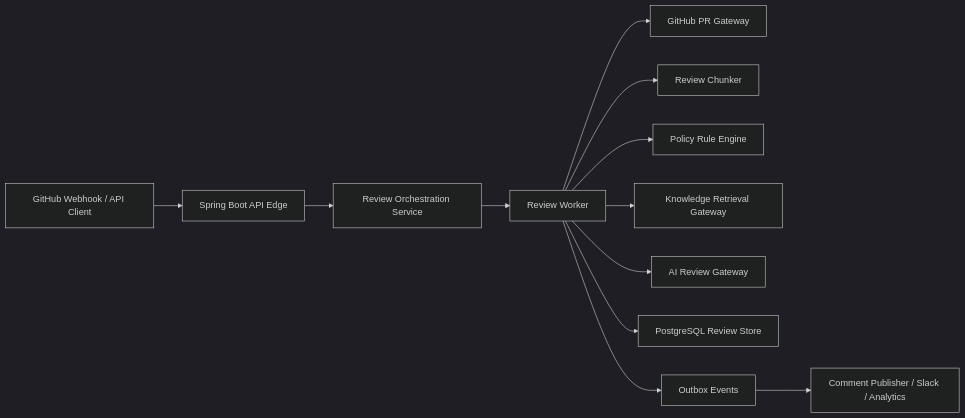
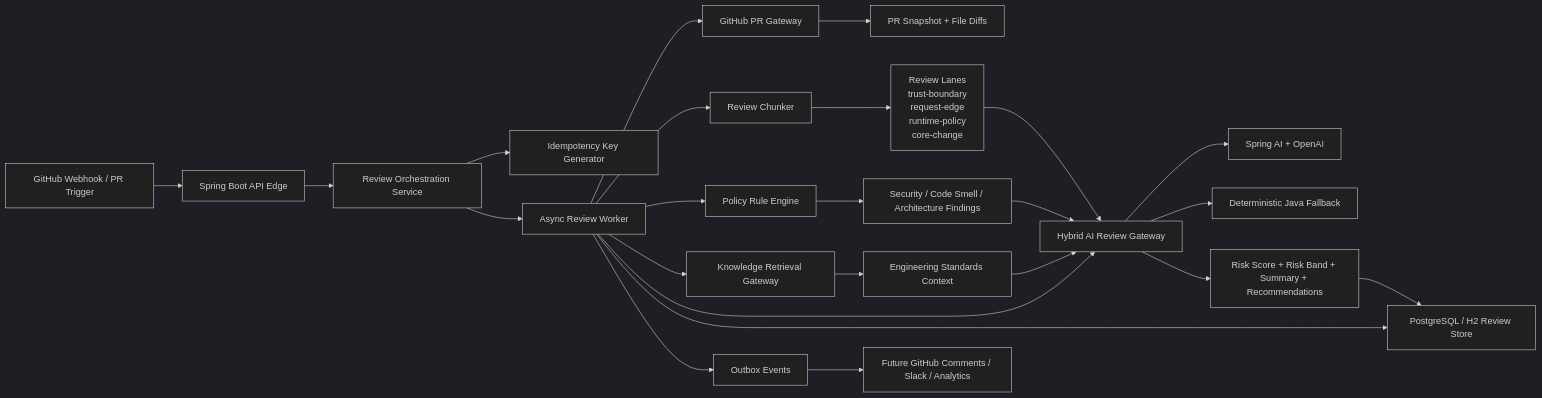
Before and after one commit to jeshwinwilliam/pr-intelligence-platform-jeshwin: the diagram in README.md, drawn with Mermaid (dark theme).

Commit message:
README.md

````diff
--- a/README.md
+++ b/README.md
@@ -56,14 +56,39 @@
 ```mermaid
 flowchart LR
-    A["GitHub Webhook / API Client"] --> B["Spring Boot API Edge"]
+    A["GitHub Webhook / PR Trigger"] --> B["Spring Boot API Edge"]
     B --> C["Review Orchestration Service"]
-    C --> D["Review Worker"]
-    D --> E["GitHub PR Gateway"]
-    D --> F["Review Chunker"]
-    D --> G["Policy Rule Engine"]
-    D --> H["Knowledge Retrieval Gateway"]
-    D --> I["AI Review Gateway"]
-    D --> J["PostgreSQL Review Store"]
-    D --> K["Outbox Events"]
-    K --> L["Comment Publisher / Slack / Analytics"]
+    C --> D["Idempotency Key Generator"]
+    C --> E["Async Review Worker"]
+
+    E --> F["GitHub PR Gateway"]
+    F --> G["PR Snapshot + File Diffs"]
+
+    E --> H["Review Chunker"]
+    H --> I["Review Lanes
+    trust-boundary
+    request-edge
+    runtime-policy
+    core-change"]
+
+    E --> J["Policy Rule Engine"]
+    J --> K["Security / Code Smell / Architecture Findings"]
+
+    E --> L["Knowledge Retrieval Gateway"]
+    L --> M["Engineering Standards Context"]
+
+    E --> N["Hybrid AI Review Gateway"]
+    N --> O["Spring AI + OpenAI"]
+    N --> P["Deterministic Java Fallback"]
+
+    K --> N
+    M --> N
+    I --> N
+
+    N --> Q["Risk Score + Risk Band + Summary + Recommendations"]
+
+    E --> R["PostgreSQL / H2 Review Store"]
+    Q --> R
+
+    E --> S["Outbox Events"]
+    S --> T["Future GitHub Comments / Slack / Analytics"]
 ```
````
